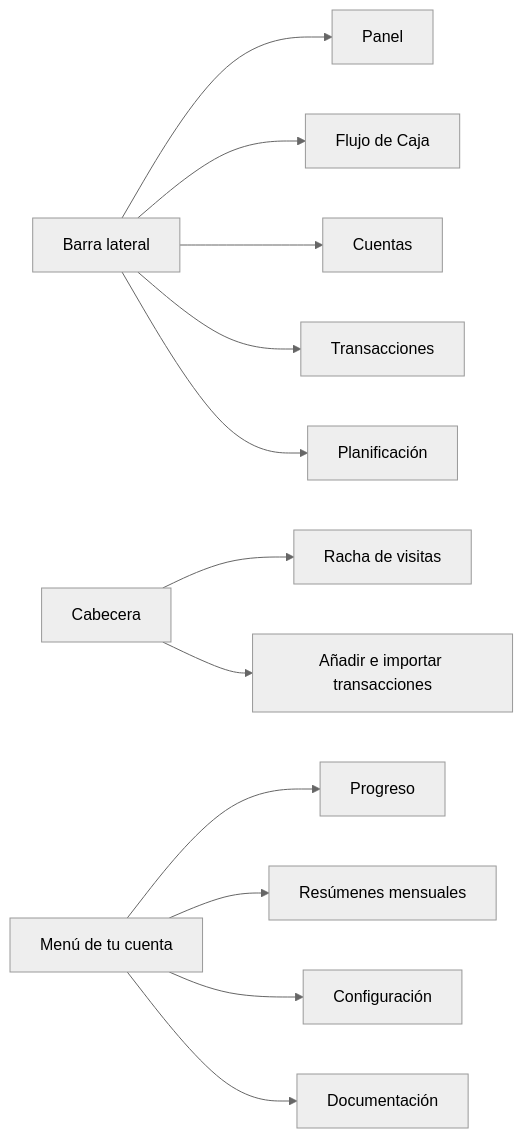
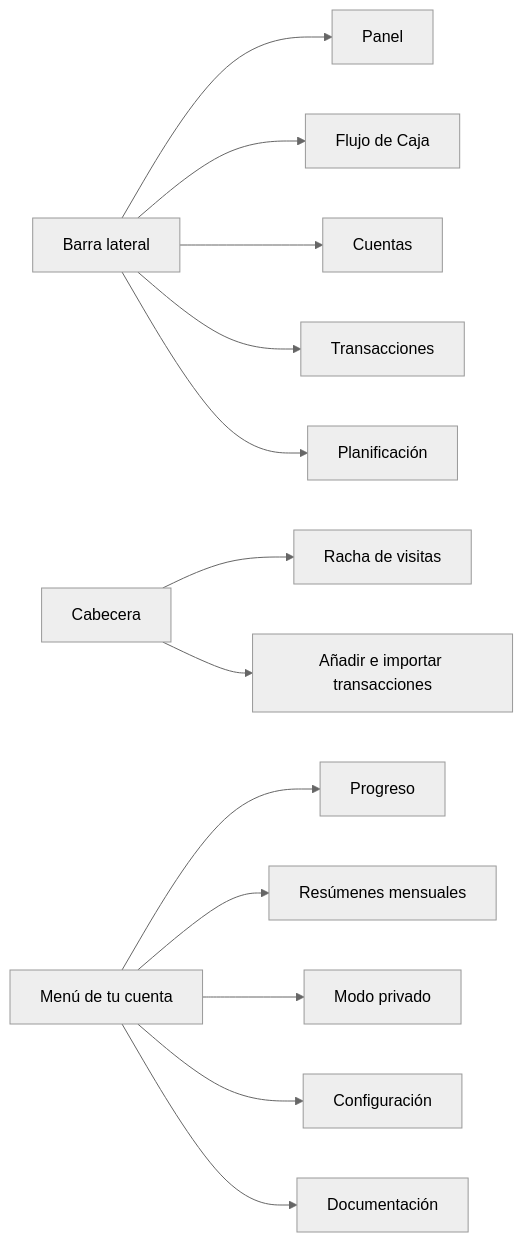
One commit to whisper-money/whisper-money changed the second of 2 diagrams in resources/docs/documentation/10-getting-started-es.md. Above: the diagram before and after it, drawn with Mermaid (neutral theme). The commit also changed other lines of this file and 14 other files, not shown here.

````diff
--- a/resources/docs/documentation/10-getting-started-es.md
+++ b/resources/docs/documentation/10-getting-started-es.md
@@ -78,15 +81,16 @@
 ```mermaid
 flowchart LR
     %% diagram: app-map-es
     sidebar[Barra lateral] --> dashboard[Panel]
     sidebar --> cashflow[Flujo de Caja]
     sidebar --> accounts[Cuentas]
     sidebar --> transactions[Transacciones]
     sidebar --> planning[Planificación]
     header[Cabecera] --> streak[Racha de visitas]
     header --> add[Añadir e importar transacciones]
     menu[Menú de tu cuenta] --> progress[Progreso]
     menu --> summaries[Resúmenes mensuales]
+    menu --> privacy[Modo privado]
     menu --> settings[Configuración]
     menu --> docs[Documentación]
 ```
````
